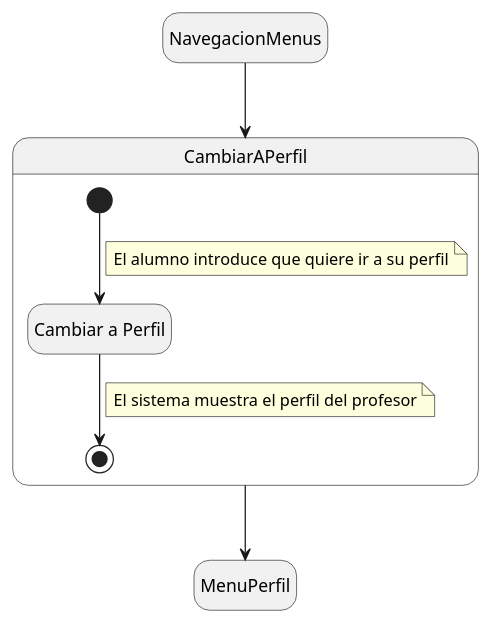
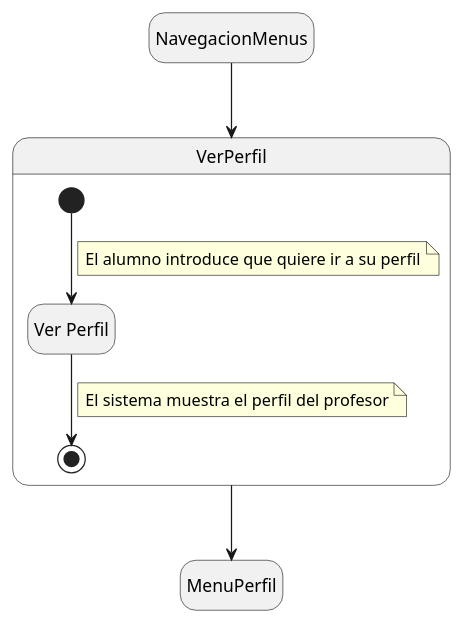
One commit to mmasias/24-25-IdSw1-SDR changed the diagram in Documentos/DetallarCasosDeUso/Alumno/MenuPerfilAlumno.puml. Above: the diagram before and after it, drawn with PlantUML.

Commit message:
Ver perfil

```diff
--- a/Documentos/DetallarCasosDeUso/Alumno/MenuPerfilAlumno.puml
+++ b/Documentos/DetallarCasosDeUso/Alumno/MenuPerfilAlumno.puml
@@ -1,21 +1,21 @@
-@startuml CambiarAPerfil
+@startuml VerPerfil
 
 hide empty description
 
 state NavegacionMenus
 state MenuPerfil
-state CambiarAPerfil{
-    state Cambiar as "Cambiar a Perfil"
-    [*] --> Cambiar
+state VerPerfil{
+    state Ver as "Ver Perfil"
+    [*] --> Ver
     note on link
         El alumno introduce que quiere ir a su perfil
     end note
-    Cambiar --> [*]
+    Ver --> [*]
     note on link
         El sistema muestra el perfil del profesor
     end note
 }
 
-NavegacionMenus --> CambiarAPerfil
-CambiarAPerfil --> MenuPerfil
+NavegacionMenus --> VerPerfil
+VerPerfil --> MenuPerfil
 @enduml
```
